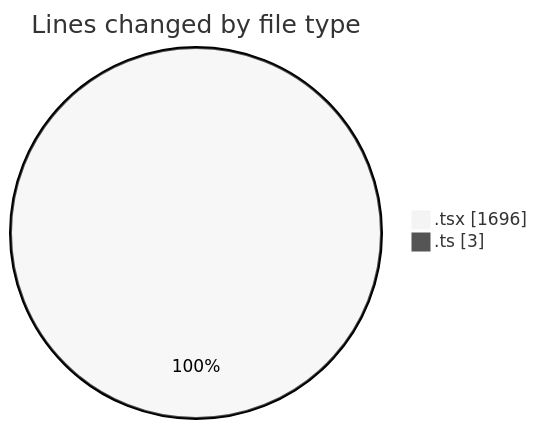
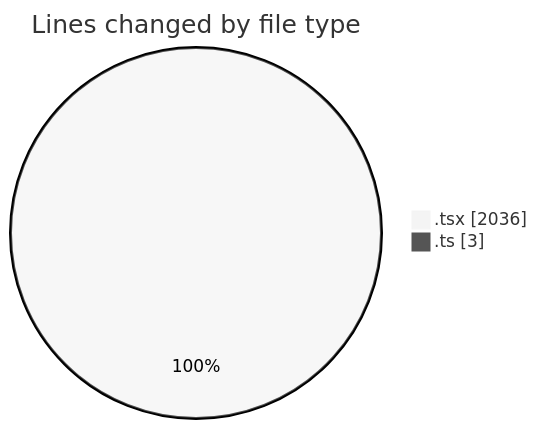
One commit to momahboobian/code-tracking changed the first of 2 diagrams in 2025-02-12/cda/README.md. Above: the diagram before and after it, drawn with Mermaid (neutral theme). The commit also changed other lines of this file and 1 other file, not shown here.

````diff
--- a/2025-02-12/cda/README.md
+++ b/2025-02-12/cda/README.md
@@ -23,6 +23,6 @@
 ```mermaid
 pie showData
 title Lines changed by file type
-".tsx" : 1696
+".tsx" : 2036
 ".ts" : 3
 ```
````
